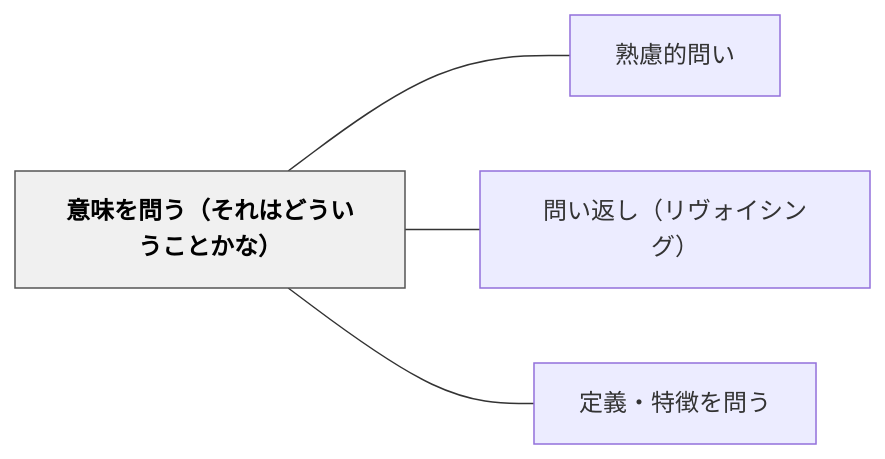
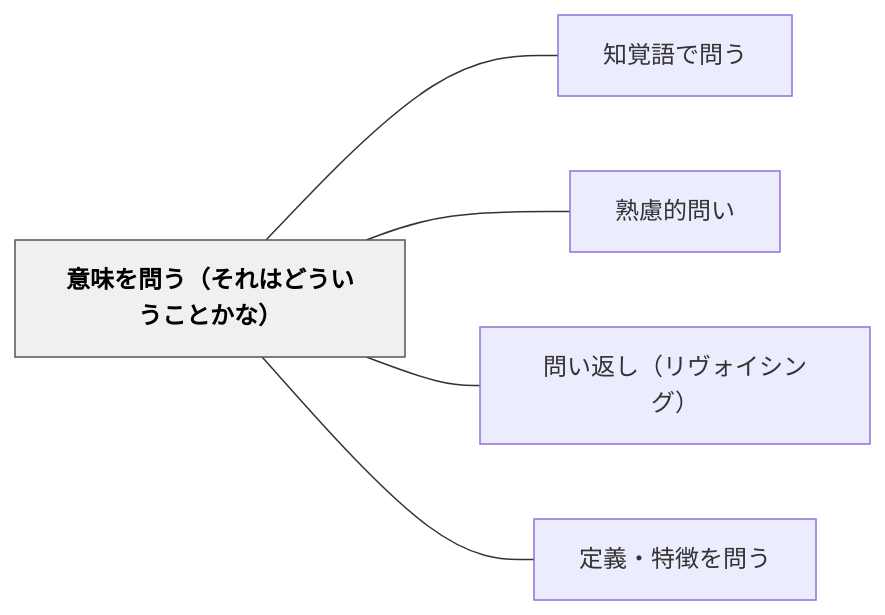
Before and after one commit to unknownthings-ed-patterns/unknownthings-ed-patterns: the diagram in content/パタン/意味を問う（それはどういうことかな）.md, drawn with Mermaid. The commit also changed other lines of this file and 473 other files, not shown here.

````diff
--- a/content/パタン/意味を問う（それはどういうことかな）.md
+++ b/content/パタン/意味を問う（それはどういうことかな）.md
@@ -40,14 +41,16 @@
 ```mermaid
 flowchart LR
     ne6848fe591b3["意味を問う（それはどういうことかな）"]
+    ne79fa5e8a69a["知覚語で問う"]
     ne7869fe685ae["熟慮的問い"]
     ne5958fe38184["問い返し（リヴォイシング）"]
     ne5ae9ae7bea9["定義・特徴を問う"]
 
+    ne6848fe591b3 --- ne79fa5e8a69a
     ne6848fe591b3 --- ne7869fe685ae
     ne6848fe591b3 --- ne5958fe38184
     ne6848fe591b3 --- ne5ae9ae7bea9
 
     classDef hub fill:#f0f0f0,stroke:#555,color:#000,font-weight:bold
     class ne6848fe591b3 hub
 ```
````
